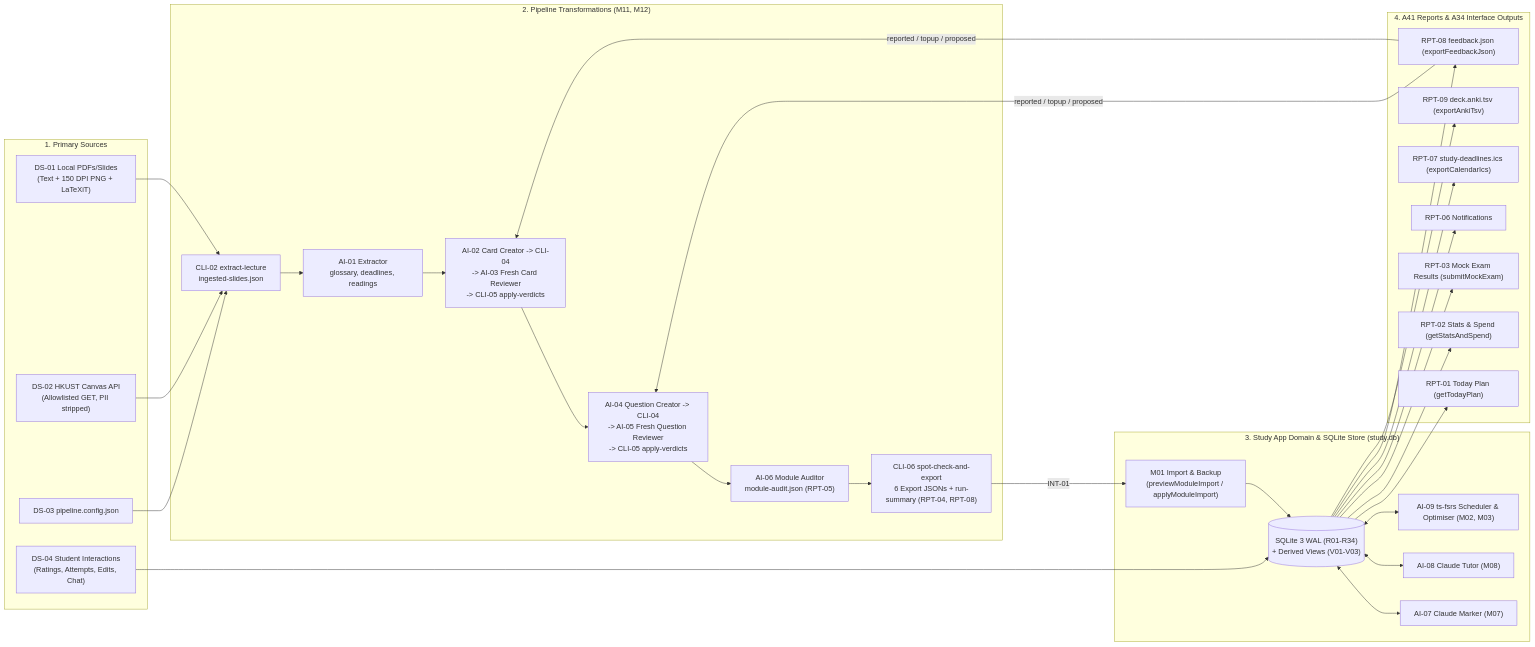
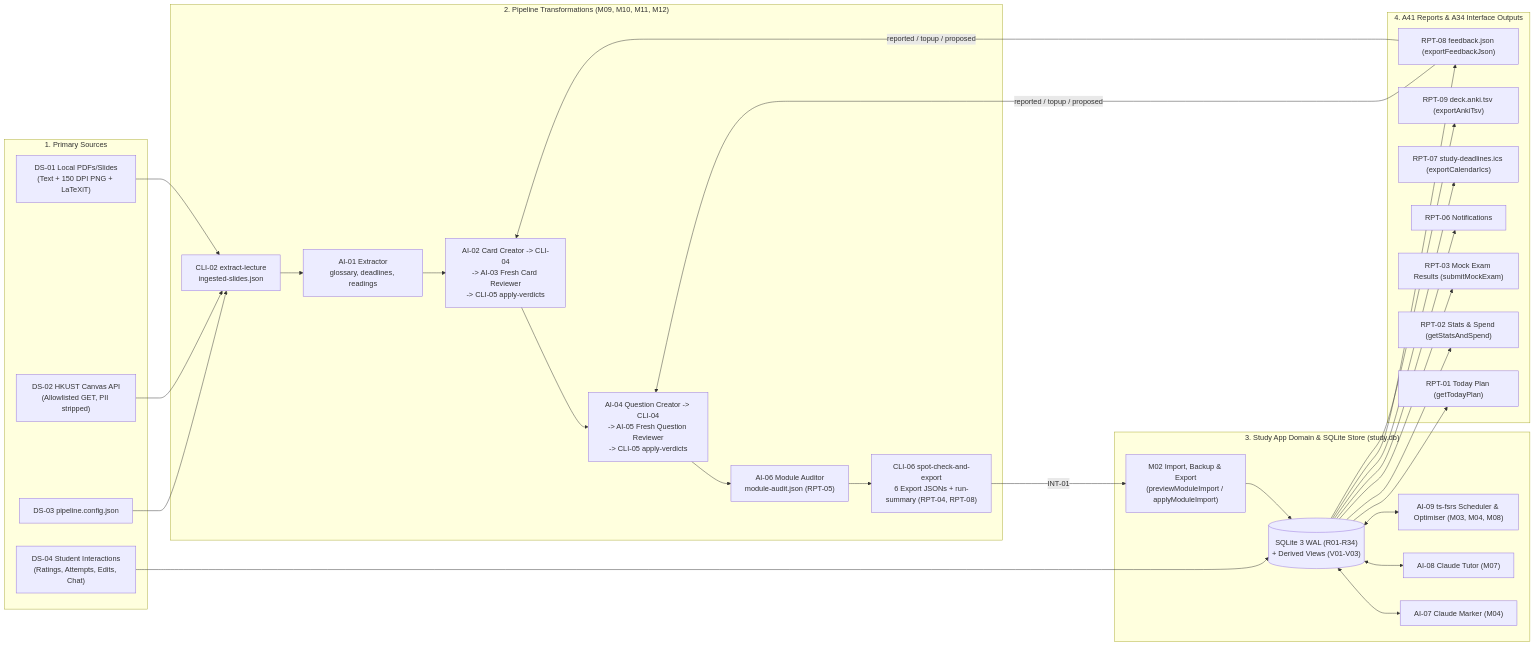
Before and after one commit to thomasclarkpersonal-sketch/StudyApp: the diagram in workbook/03-design/data-model-quality.md, drawn with Mermaid. The commit also changed other lines of this file and 29 other files, not shown here.

````diff
--- a/workbook/03-design/data-model-quality.md
+++ b/workbook/03-design/data-model-quality.md
@@ -20,43 +20,43 @@
 ```mermaid
 flowchart LR
   subgraph Sources["1. Primary Sources"]
     DS01["DS-01 Local PDFs/Slides<br/>(Text + 150 DPI PNG + LaTeXiT)"]
     DS02["DS-02 HKUST Canvas API<br/>(Allowlisted GET, PII stripped)"]
     DS03["DS-03 pipeline.config.json"]
     DS04["DS-04 Student Interactions<br/>(Ratings, Attempts, Edits, Chat)"]
   end
 
-  subgraph PipelineStage["2. Pipeline Transformations (M11, M12)"]
+  subgraph PipelineStage["2. Pipeline Transformations (M09, M10, M11, M12)"]
     CLI02["CLI-02 extract-lecture<br/>ingested-slides.json"]
     P1["AI-01 Extractor<br/>glossary, deadlines, readings"]
     P2["AI-02 Card Creator -> CLI-04<br/>-> AI-03 Fresh Card Reviewer<br/>-> CLI-05 apply-verdicts"]
     P3["AI-04 Question Creator -> CLI-04<br/>-> AI-05 Fresh Question Reviewer<br/>-> CLI-05 apply-verdicts"]
     P4["AI-06 Module Auditor<br/>module-audit.json (RPT-05)"]
     CLI06["CLI-06 spot-check-and-export<br/>6 Export JSONs + run-summary (RPT-04, RPT-08)"]
   end
 
   subgraph AppStore["3. Study App Domain & SQLite Store (study.db)"]
-    Import["M01 Import & Backup<br/>(previewModuleImport / applyModuleImport)"]
+    Import["M02 Import, Backup & Export<br/>(previewModuleImport / applyModuleImport)"]
     DB[("SQLite 3 WAL (R01-R34)<br/>+ Derived Views (V01-V03)")]
-    AI07["AI-07 Claude Marker (M07)"]
-    AI08["AI-08 Claude Tutor (M08)"]
-    AI09["AI-09 ts-fsrs Scheduler & Optimiser (M02, M03)"]
+    AI07["AI-07 Claude Marker (M04)"]
+    AI08["AI-08 Claude Tutor (M07)"]
+    AI09["AI-09 ts-fsrs Scheduler & Optimiser (M03, M04, M08)"]
   end
 
   subgraph Outputs["4. A41 Reports & A34 Interface Outputs"]
     RPT01["RPT-01 Today Plan (getTodayPlan)"]
     RPT02["RPT-02 Stats & Spend (getStatsAndSpend)"]
     RPT03["RPT-03 Mock Exam Results (submitMockExam)"]
     RPT06["RPT-06 Notifications"]
     RPT07["RPT-07 study-deadlines.ics (exportCalendarIcs)"]
     RPT08_FB["RPT-08 feedback.json (exportFeedbackJson)"]
     RPT09["RPT-09 deck.anki.tsv (exportAnkiTsv)"]
   end
 
   DS01 & DS02 & DS03 --> CLI02 --> P1 --> P2 --> P3 --> P4 --> CLI06
   CLI06 -->|"INT-01"| Import --> DB
   DS04 --> DB
   DB <--> AI07 & AI08 & AI09
   DB --> RPT01 & RPT02 & RPT03 & RPT06 & RPT07 & RPT08_FB & RPT09
   RPT08_FB -->|"reported / topup / proposed"| P2 & P3
 ```
````
